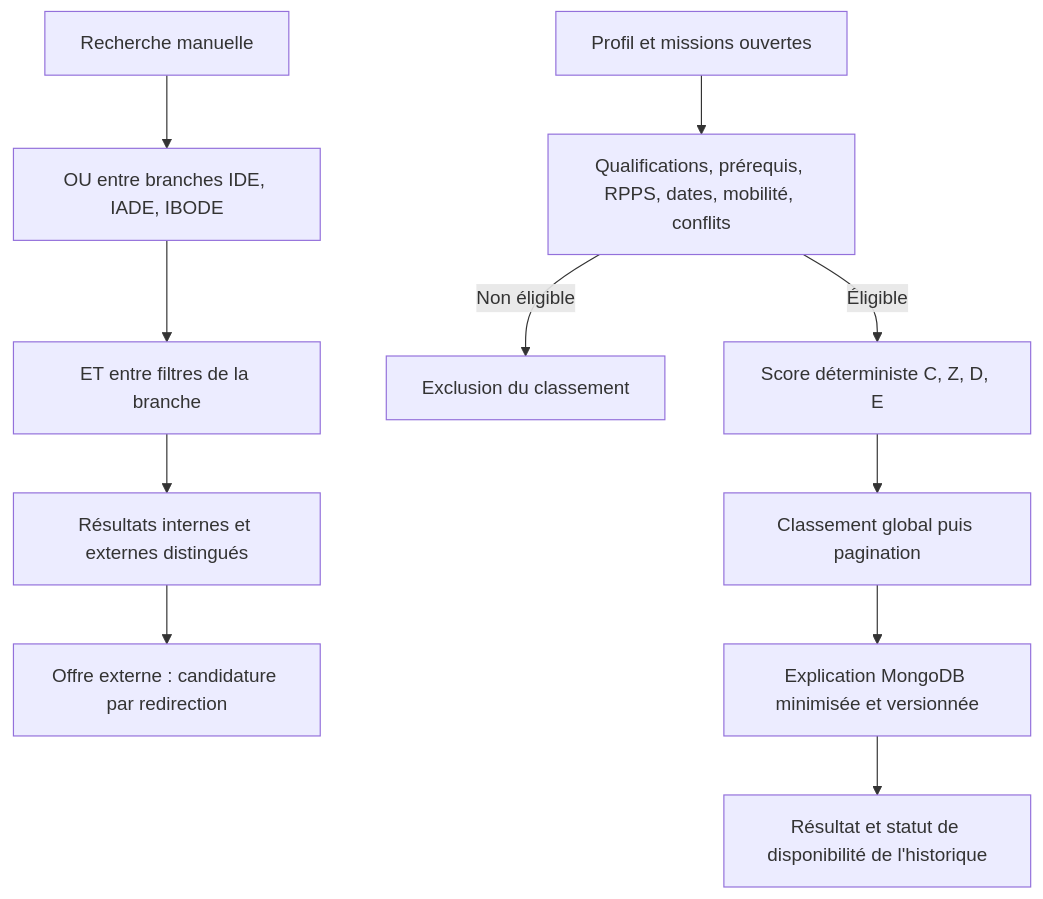
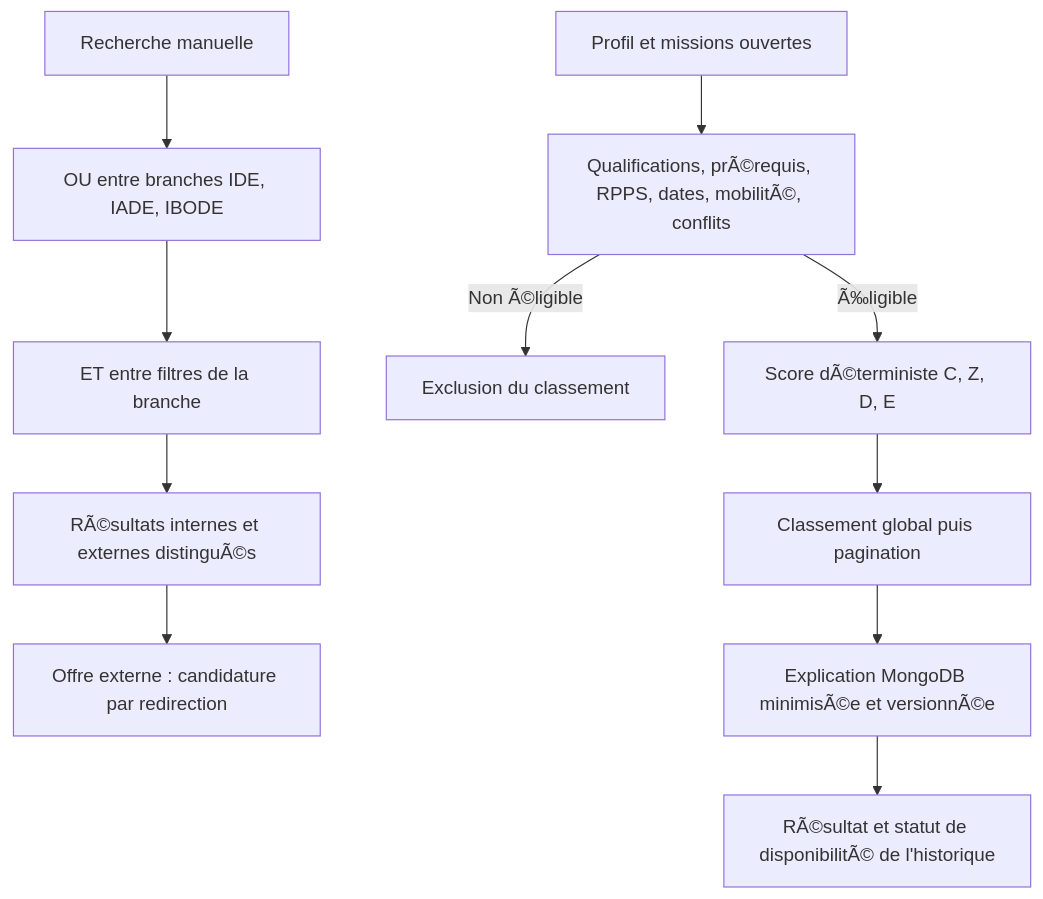
Before and after one commit to lebretyves/Backend_Interimatch: the third of 8 diagrams in docs/FLUX_V1.md, drawn with Mermaid. The commit also changed other lines of this file and 30 other files, not shown here.

````diff
--- a/docs/FLUX_V1.md
+++ b/docs/FLUX_V1.md
@@ -49,13 +49,13 @@
 ```mermaid
 flowchart TD
     search["Recherche manuelle"] --> branches["OU entre branches IDE, IADE, IBODE"]
     branches --> filters["ET entre filtres de la branche"]
-    filters --> listings["Résultats internes et externes distingués"]
+    filters --> listings["RÃ©sultats internes et externes distinguÃ©s"]
     listings --> external["Offre externe : candidature par redirection"]
-    profile["Profil et missions ouvertes"] --> gate["Qualifications, prérequis, RPPS, dates, mobilité, conflits"]
-    gate -->|"Non éligible"| excluded["Exclusion du classement"]
-    gate -->|"Éligible"| score["Score déterministe C, Z, D, E"]
+    profile["Profil et missions ouvertes"] --> gate["Qualifications, prÃ©requis, RPPS, dates, mobilitÃ©, conflits"]
+    gate -->|"Non Ã©ligible"| excluded["Exclusion du classement"]
+    gate -->|"Ã‰ligible"| score["Score dÃ©terministe C, Z, D, E"]
     score --> rank["Classement global puis pagination"]
-    rank --> trace["Explication MongoDB minimisée et versionnée"]
-    trace --> output["Résultat et statut de disponibilité de l'historique"]
+    rank --> trace["Explication MongoDB minimisÃ©e et versionnÃ©e"]
+    trace --> output["RÃ©sultat et statut de disponibilitÃ© de l'historique"]
 ```
````
